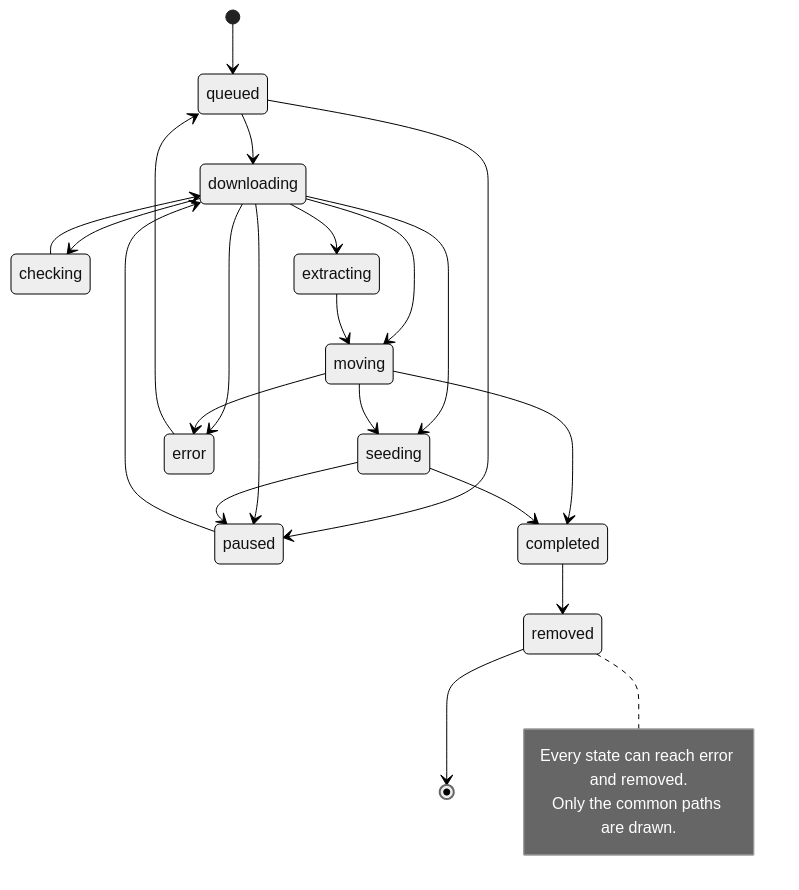
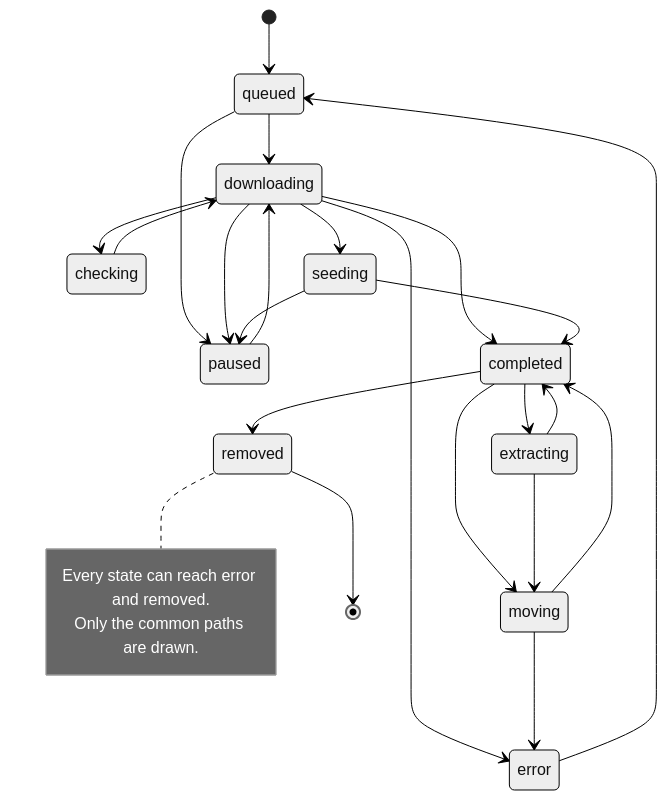
The eighth of 8 diagrams in docs/03-architecture.md (L-K-M/dl-tool), drawn with Mermaid (neutral theme) before and after one commit. The commit also changed other lines of this file and 83 other files, not shown here.

````diff
--- a/docs/03-architecture.md
+++ b/docs/03-architecture.md
@@ -359,27 +358,28 @@
 ```mermaid
 stateDiagram-v2
     [*] --> queued
     queued --> downloading
     queued --> paused
     downloading --> checking
     checking --> downloading
     downloading --> paused
     paused --> downloading
     seeding --> paused
-    downloading --> extracting
-    downloading --> moving
+    downloading --> completed
     downloading --> seeding
+    seeding --> completed
+    completed --> extracting
+    completed --> moving
     extracting --> moving
+    extracting --> completed
     moving --> completed
-    moving --> seeding
-    seeding --> completed
     downloading --> error
     moving --> error
     error --> queued
     completed --> removed
     removed --> [*]
     note right of removed
         Every state can reach error and removed.
         Only the common paths are drawn.
     end note
 ```
````
